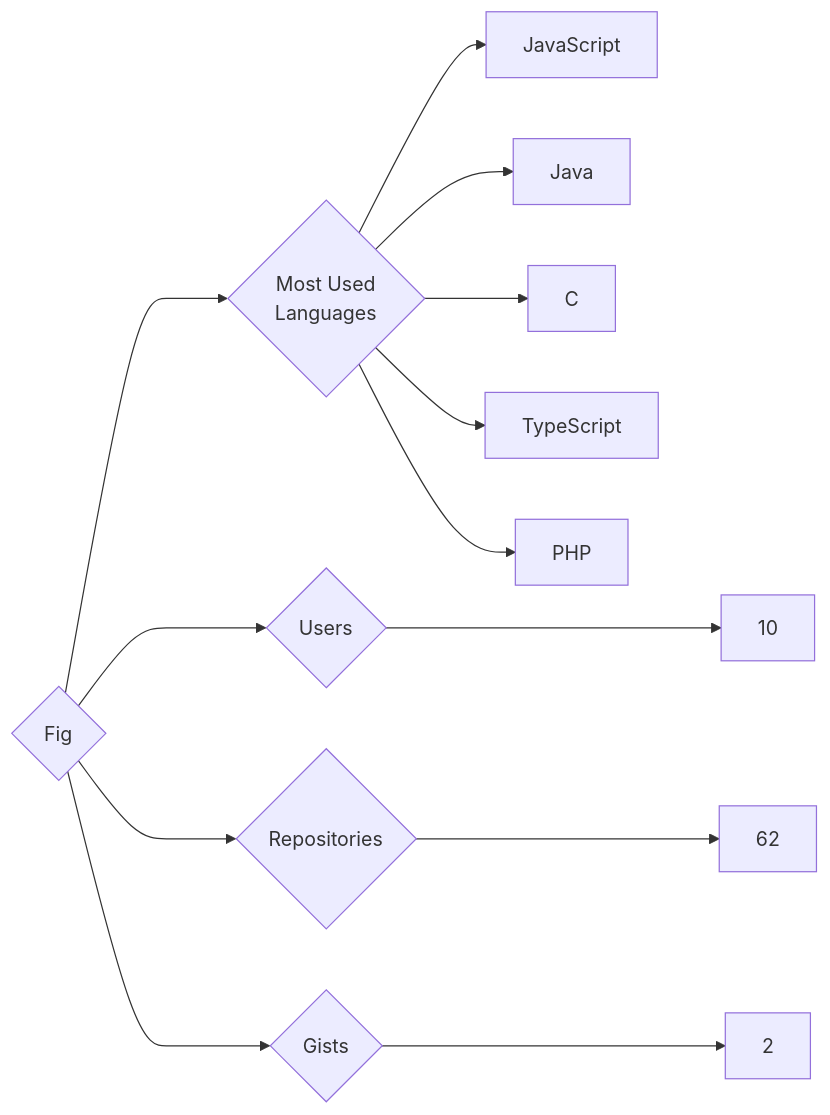
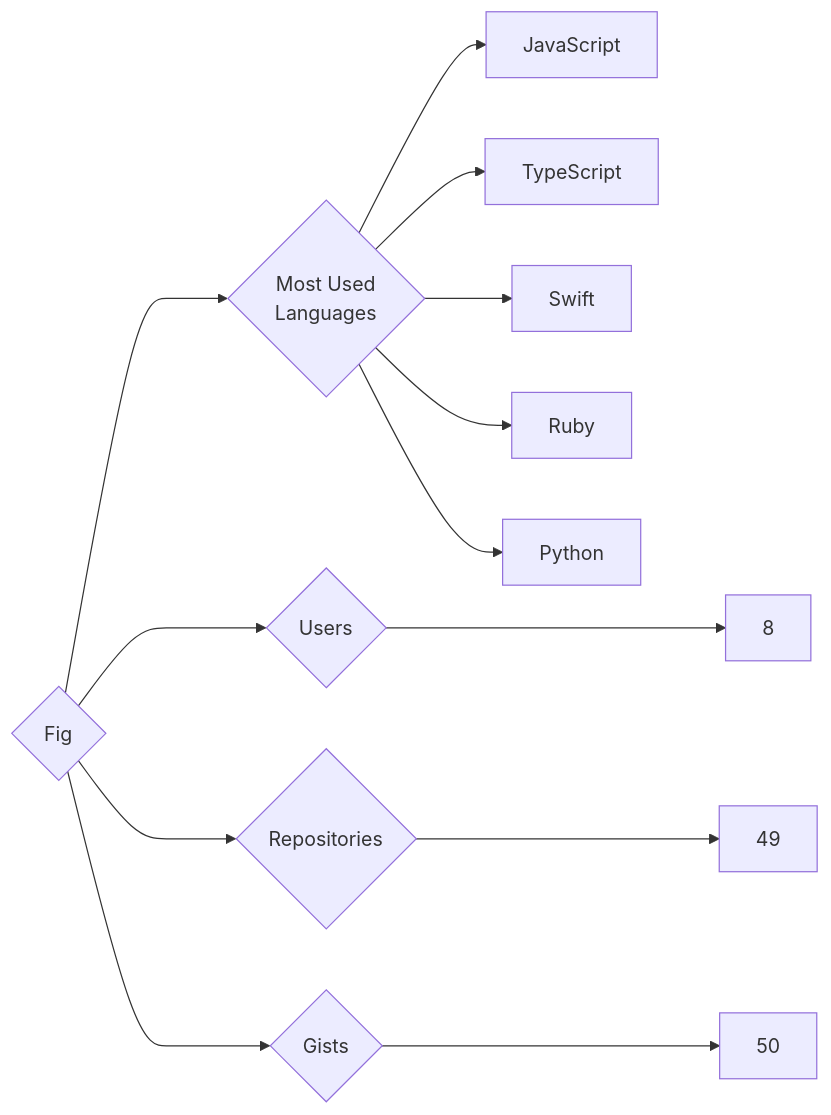
One commit to trickest/insiders changed the diagram in targets/Fig/README.md. Above: the diagram before and after it, drawn with Mermaid. The commit also changed 757 other files, not shown here.

````diff
--- a/targets/Fig/README.md
+++ b/targets/Fig/README.md
@@ -3,13 +3,13 @@
 ```mermaid
 graph LR
 COMPANY_NAME{Fig}
-COMPANY_NAME ---> U{Users} ---> UN[10]
-COMPANY_NAME ---> R{Repositories} ---> RN[62]
-COMPANY_NAME ---> G{Gists} ---> GN[2]
+COMPANY_NAME ---> U{Users} ---> UN[8]
+COMPANY_NAME ---> R{Repositories} ---> RN[49]
+COMPANY_NAME ---> G{Gists} ---> GN[50]
 COMPANY_NAME ---> ML{Most Used<br>Languages}
 ML --> JavaScript[JavaScript]
-ML --> Java[Java]
-ML --> C[C]
 ML --> TypeScript[TypeScript]
-ML --> PHP[PHP]
+ML --> Swift[Swift]
+ML --> Ruby[Ruby]
+ML --> Python[Python]
 ```
````
